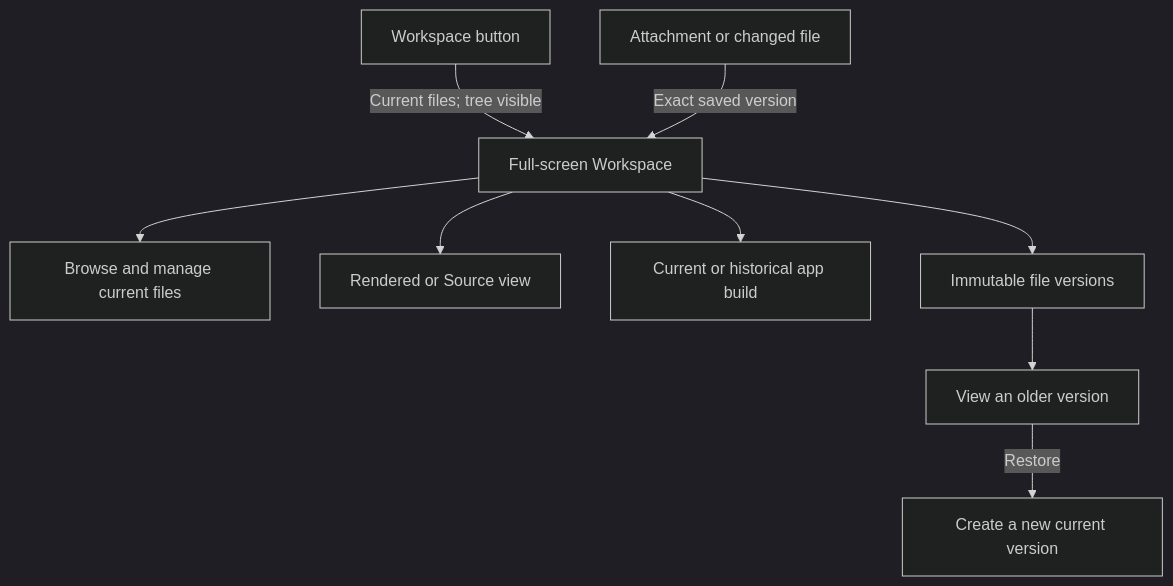
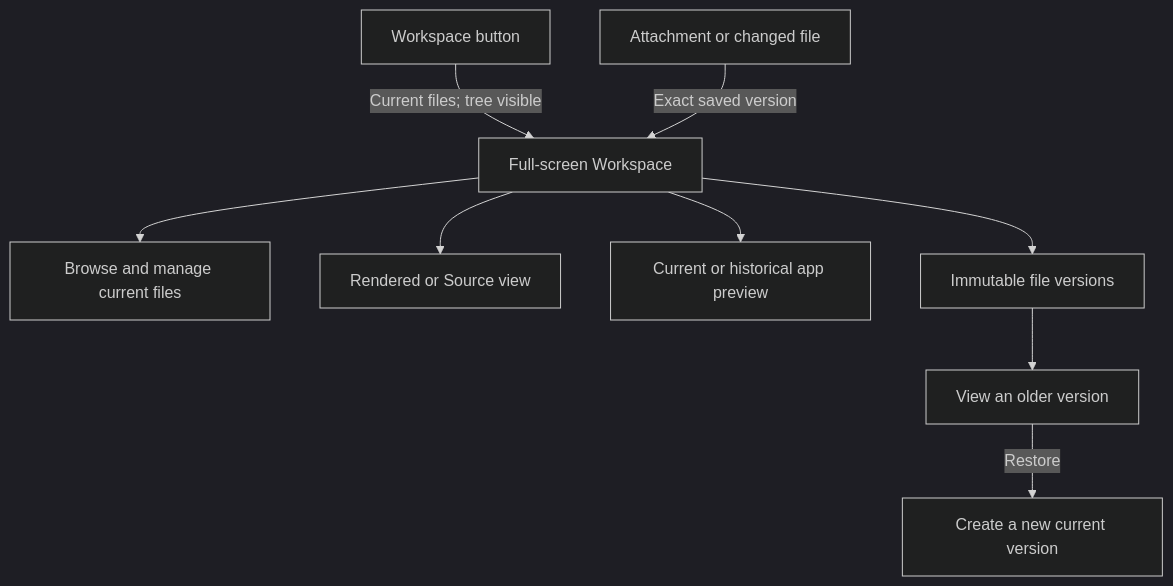
One commit to riffi/agenvyl changed the diagram in docs/user-guide/workspace.md. Above: the diagram before and after it, drawn with Mermaid (dark theme). The commit also changed other lines of this file, not shown here.

````diff
--- a/docs/user-guide/workspace.md
+++ b/docs/user-guide/workspace.md
@@ -13,11 +13,11 @@
 ```mermaid
 flowchart TD
   Button[Workspace button] -->|Current files; tree visible| Window[Full-screen Workspace]
   Artifact[Attachment or changed file] -->|Exact saved version| Window
   Window --> Tree[Browse and manage current files]
   Window --> Preview[Rendered or Source view]
-  Window --> App[Current or historical app build]
+  Window --> App[Current or historical app preview]
   Window --> History[Immutable file versions]
   History --> Older[View an older version]
   Older -->|Restore| Current[Create a new current version]
 ```
````
